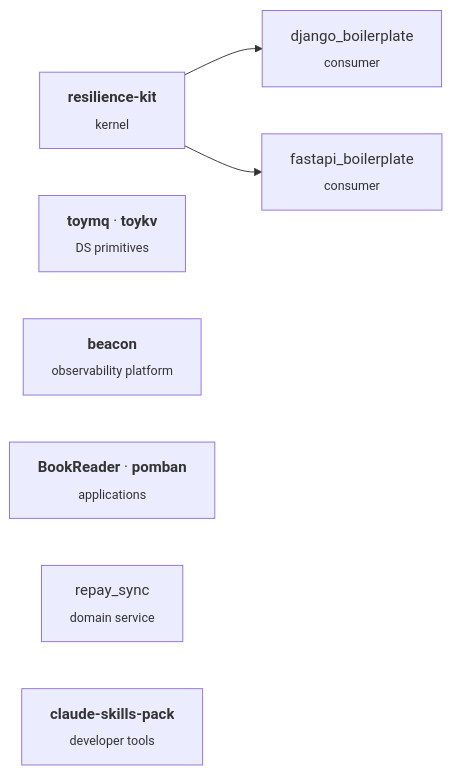
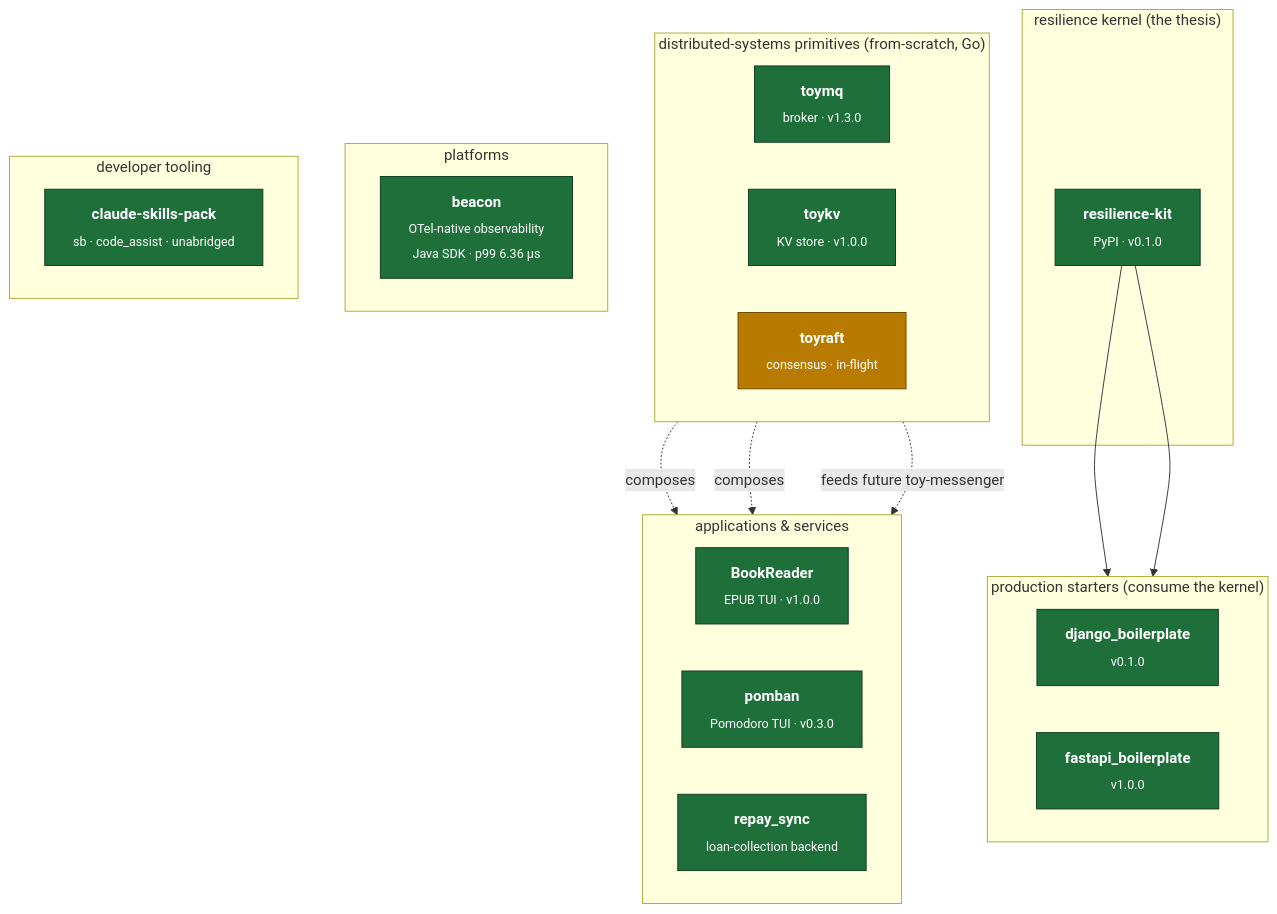
The diagram in README.md (prajwalmahajan101/prajwalmahajan101), drawn with Mermaid before and after one commit. The commit also changed other lines of this file, not shown here.

Commit message:
docs(readme): refresh profile to post-2026-06-24 audit state
- Add 'Track record at a glance' callout with concrete numbers
- Rebuild mermaid as layered architecture (kernel → primitives →
  platforms → starters → apps → devtools), color-coded shipped vs
  in-flight, public projects only
- Refresh stale facts: toykv m4 → v1.0.0, beacon M1.0/M1.1 → M1.6+M1.7
  with JMH p99 6,360 ns and 12/12 conformance
- Promote toyraft to first-class DS-track entry
- Rewrite 'Up next' (drop tinyraft/dbview/Postgres tooling; add
  go_boilerplate, toylock, toy-messenger, resilience-kit-go)

````diff
--- a/README.md
+++ b/README.md
@@ -18,11 +20,45 @@
 ```mermaid
-flowchart LR
-    K["<b>resilience-kit</b><br/><sub>kernel</sub>"]
-    K --> C1["django_boilerplate<br/><sub>consumer</sub>"]
-    K --> C2["fastapi_boilerplate<br/><sub>consumer</sub>"]
-    P1["<b>toymq</b> · <b>toykv</b><br/><sub>DS primitives</sub>"]
-    P2["<b>beacon</b><br/><sub>observability platform</sub>"]
-    A1["<b>BookReader</b> · <b>pomban</b><br/><sub>applications</sub>"]
-    A2["repay_sync<br/><sub>domain service</sub>"]
-    T1["<b>claude-skills-pack</b><br/><sub>developer tools</sub>"]
+flowchart TB
+    subgraph KERNEL["resilience kernel (the thesis)"]
+        K["<b>resilience-kit</b><br/><sub>PyPI · v0.1.0</sub>"]
+    end
+
+    subgraph PRIMITIVES["distributed-systems primitives (from-scratch, Go)"]
+        direction LR
+        P1["<b>toymq</b><br/><sub>broker · v1.3.0</sub>"]
+        P2["<b>toykv</b><br/><sub>KV store · v1.0.0</sub>"]
+        P3["<b>toyraft</b><br/><sub>consensus · in-flight</sub>"]
+    end
+
+    subgraph PLATFORMS["platforms"]
+        B["<b>beacon</b><br/><sub>OTel-native observability<br/>Java SDK · p99 6.36 µs</sub>"]
+    end
+
+    subgraph STARTERS["production starters (consume the kernel)"]
+        direction LR
+        C1["<b>django_boilerplate</b><br/><sub>v0.1.0</sub>"]
+        C2["<b>fastapi_boilerplate</b><br/><sub>v1.0.0</sub>"]
+    end
+
+    subgraph APPS["applications & services"]
+        direction LR
+        A1["<b>BookReader</b><br/><sub>EPUB TUI · v1.0.0</sub>"]
+        A2["<b>pomban</b><br/><sub>Pomodoro TUI · v0.3.0</sub>"]
+        A3["<b>repay_sync</b><br/><sub>loan-collection backend</sub>"]
+    end
+
+    subgraph DEVTOOLS["developer tooling"]
+        T1["<b>claude-skills-pack</b><br/><sub>sb · code_assist · unabridged</sub>"]
+    end
+
+    K --> C1
+    K --> C2
+    P1 -.composes.-> APPS
+    P2 -.composes.-> APPS
+    P3 -.feeds future toy-messenger.-> APPS
+
+    classDef shipped fill:#1f6f3a,stroke:#0d3a1e,color:#fff;
+    classDef active  fill:#b97a00,stroke:#6e4900,color:#fff;
+    class K,P1,P2,B,C1,C2,A1,A2,A3,T1 shipped;
+    class P3 active;
 ```
````
